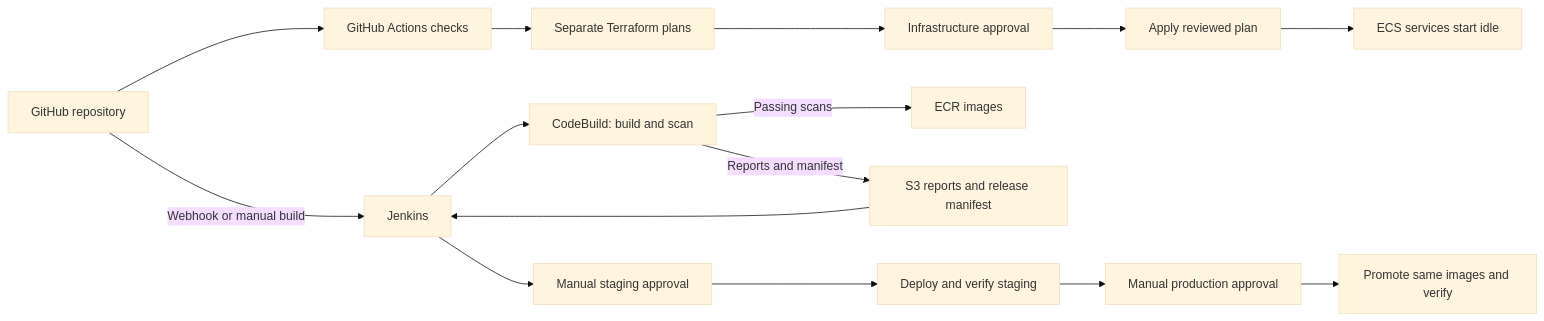
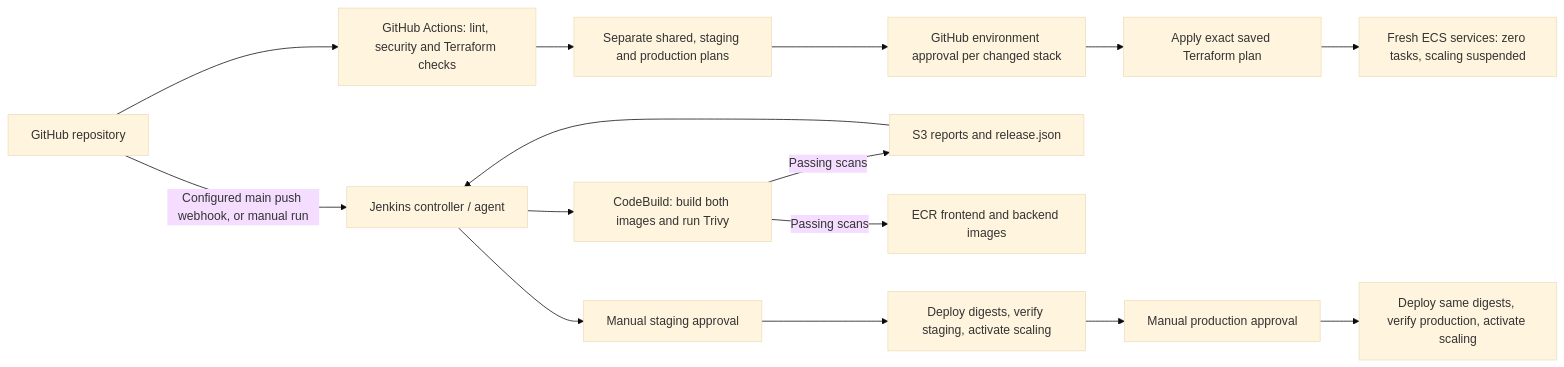
One commit to TechWorld707/jenkins-pipeline changed the second of 3 diagrams in README.md. Above: the diagram before and after it, drawn with Mermaid (base theme). The commit also changed other lines of this file and 6 other files, not shown here.

````diff
--- a/README.md
+++ b/README.md
@@ -67,25 +108,18 @@
 ```mermaid
 flowchart LR
-    GitHub["GitHub repository"]
-    Checks["GitHub Actions checks"]
-    Plan["Separate Terraform plans"]
-    InfraApproval["Infrastructure approval"]
-    Apply["Apply reviewed plan"]
-    Idle["ECS services start idle"]
-    Jenkins["Jenkins"]
-    CodeBuild["CodeBuild: build and scan"]
-    ECR["ECR images"]
-    Reports["S3 reports and release manifest"]
-    StageApproval["Manual staging approval"]
-    Stage["Deploy and verify staging"]
-    ProdApproval["Manual production approval"]
-    Prod["Promote same images and verify"]
+    Git[GitHub repository] --> CI[GitHub Actions: lint, security and Terraform checks]
+    CI --> Plans[Separate shared, staging and production plans]
+    Plans --> InfraApproval[GitHub environment approval per changed stack]
+    InfraApproval --> TF[Apply exact saved Terraform plan]
+    TF --> Idle[Fresh ECS services: zero tasks, scaling suspended]
 
-    GitHub --> Checks --> Plan --> InfraApproval --> Apply --> Idle
-    GitHub -->|"Webhook or manual build"| Jenkins
-    Jenkins --> CodeBuild
-    CodeBuild -->|"Passing scans"| ECR
-    CodeBuild -->|"Reports and manifest"| Reports
+    Git -->|Configured main push webhook, or manual run| Jenkins[Jenkins controller / agent]
+    Jenkins --> CB[CodeBuild: build both images and run Trivy]
+    CB -->|Passing scans| Reports[S3 reports and release.json]
+    CB -->|Passing scans| Images[ECR frontend and backend images]
     Reports --> Jenkins
-    Jenkins --> StageApproval --> Stage --> ProdApproval --> Prod
+    Jenkins --> StageApproval[Manual staging approval]
+    StageApproval --> StageDeploy[Deploy digests, verify staging, activate scaling]
+    StageDeploy --> ProdApproval[Manual production approval]
+    ProdApproval --> ProdDeploy[Deploy same digests, verify production, activate scaling]
 ```
````
